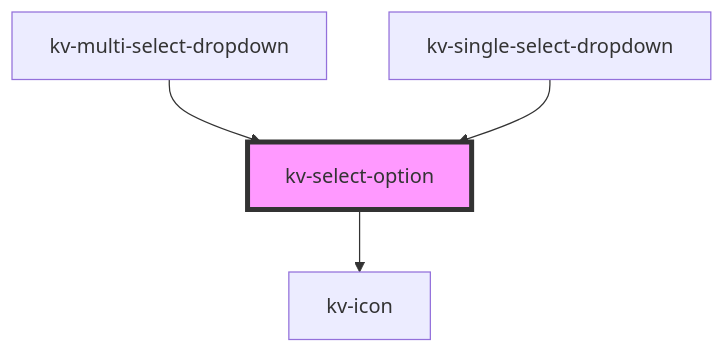
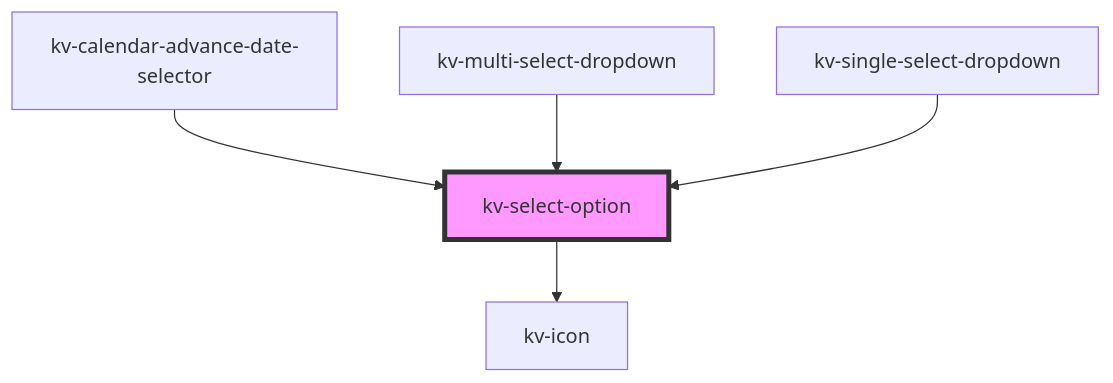
Before and after one commit to kelvininc/ui-components: the diagram in packages/ui-components/src/components/select-option/readme.md, drawn with Mermaid. The commit also changed other lines of this file and 84 other files, not shown here.

First line of the commit message:
feat(advance-date-input): add `advance-date-input` component

````diff
--- a/packages/ui-components/src/components/select-option/readme.md
+++ b/packages/ui-components/src/components/select-option/readme.md
@@ -89,7 +90,8 @@
 ```mermaid
 graph TD;
   kv-select-option --> kv-icon
+  kv-calendar-advance-date-selector --> kv-select-option
   kv-multi-select-dropdown --> kv-select-option
   kv-single-select-dropdown --> kv-select-option
   style kv-select-option fill:#f9f,stroke:#333,stroke-width:4px
 ```
````
